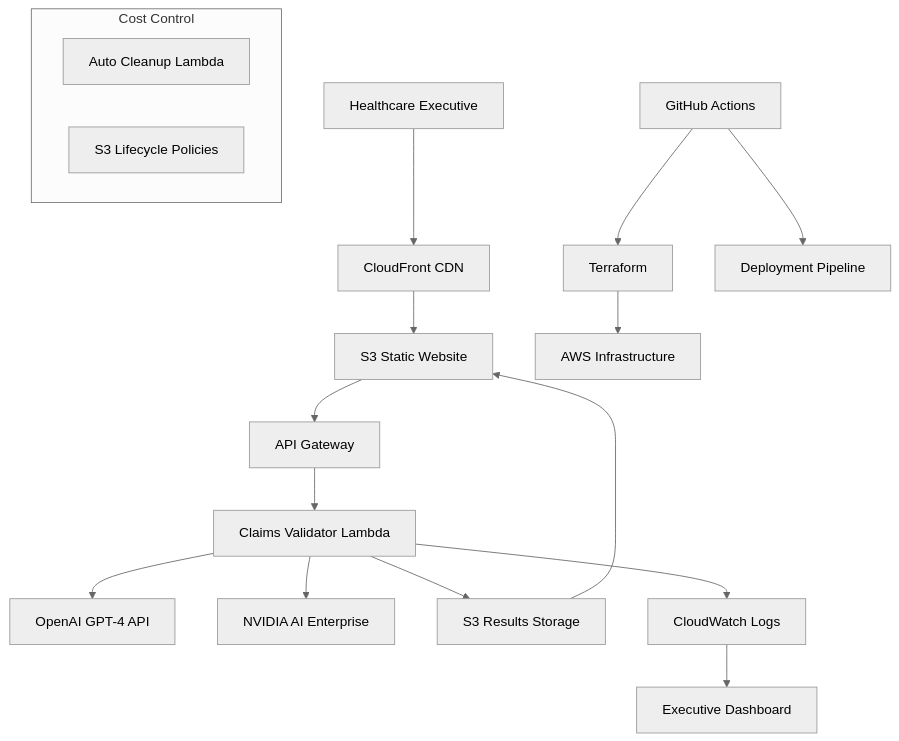
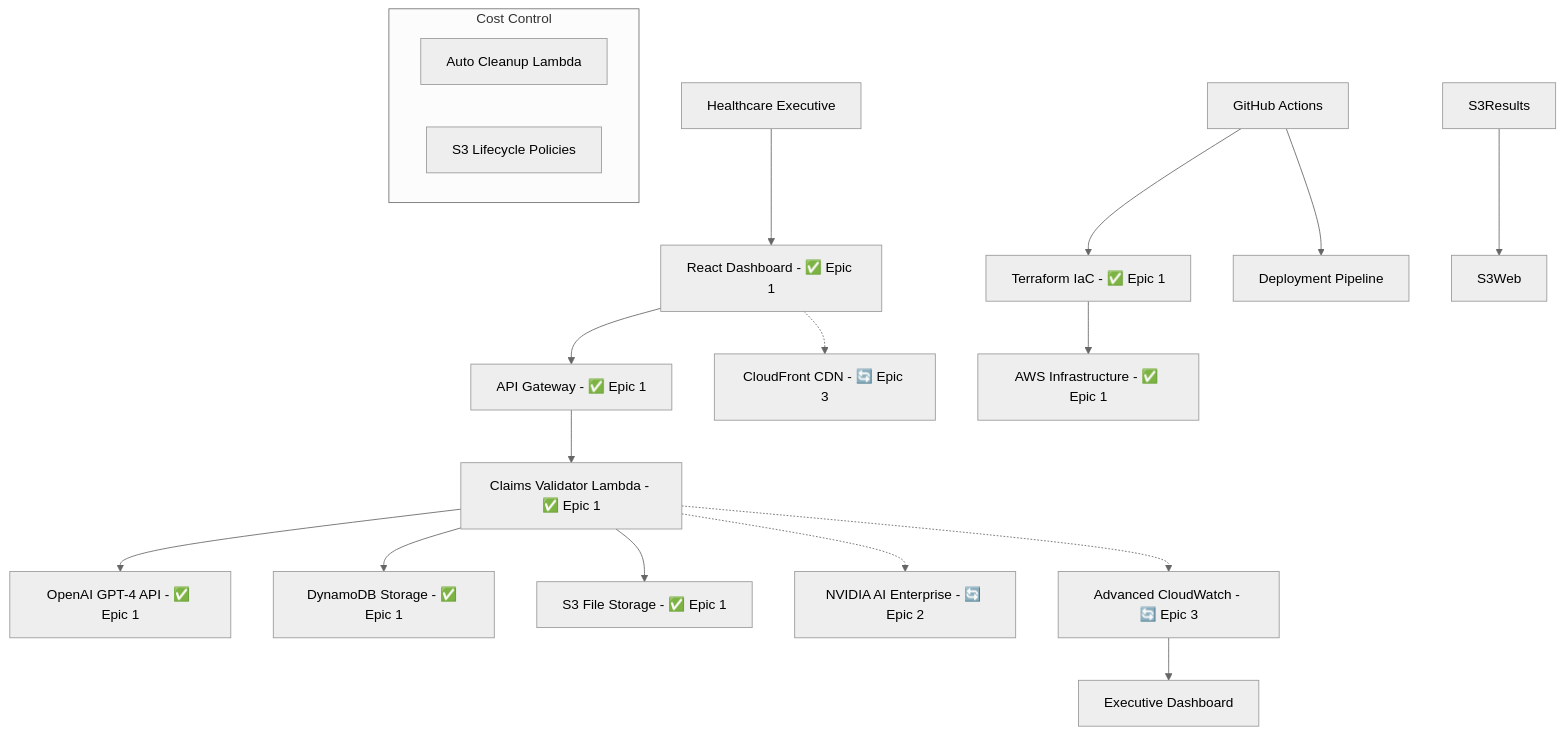
The first of 3 diagrams in docs/architecture.md (basilan/biriGov), drawn with Mermaid (neutral theme) before and after one commit. The commit also changed other lines of this file and 2 other files, not shown here.

````diff
--- a/docs/architecture.md
+++ b/docs/architecture.md
@@ -53,23 +80,26 @@
 ```mermaid
 graph TB
-    User[Healthcare Executive] --> CF[CloudFront CDN]
-    CF --> S3Web[S3 Static Website]
-    S3Web --> AG[API Gateway]
-    AG --> LambdaValidator[Claims Validator Lambda]
-    LambdaValidator --> OpenAI[OpenAI GPT-4 API]
-    LambdaValidator --> NVIDIA[NVIDIA AI Enterprise]
-    LambdaValidator --> S3Results[S3 Results Storage]
-    LambdaValidator --> CW[CloudWatch Logs]
+    User[Healthcare Executive] --> Web[React Dashboard - ✅ Epic 1]
+    Web --> AG[API Gateway - ✅ Epic 1]
+    AG --> LambdaValidator[Claims Validator Lambda - ✅ Epic 1]
+    LambdaValidator --> OpenAI[OpenAI GPT-4 API - ✅ Epic 1]
+    LambdaValidator --> DDB[DynamoDB Storage - ✅ Epic 1]
+    LambdaValidator --> S3[S3 File Storage - ✅ Epic 1]
     
-    TF[Terraform] --> AWS[AWS Infrastructure]
+    %% Epic 2-4 Planned Components
+    LambdaValidator -.-> NVIDIA[NVIDIA AI Enterprise - 🔄 Epic 2]
+    Web -.-> CF[CloudFront CDN - 🔄 Epic 3]
+    LambdaValidator -.-> CW[Advanced CloudWatch - 🔄 Epic 3]
+    
+    TF[Terraform IaC - ✅ Epic 1] --> AWS[AWS Infrastructure - ✅ Epic 1]
     GH[GitHub Actions] --> TF
     GH --> Deploy[Deployment Pipeline]
     
     S3Results --> S3Web
     CW --> Monitoring[Executive Dashboard]
     
     subgraph "Cost Control"
         Cleanup[Auto Cleanup Lambda]
         S3Lifecycle[S3 Lifecycle Policies]
     end
 ```
````
